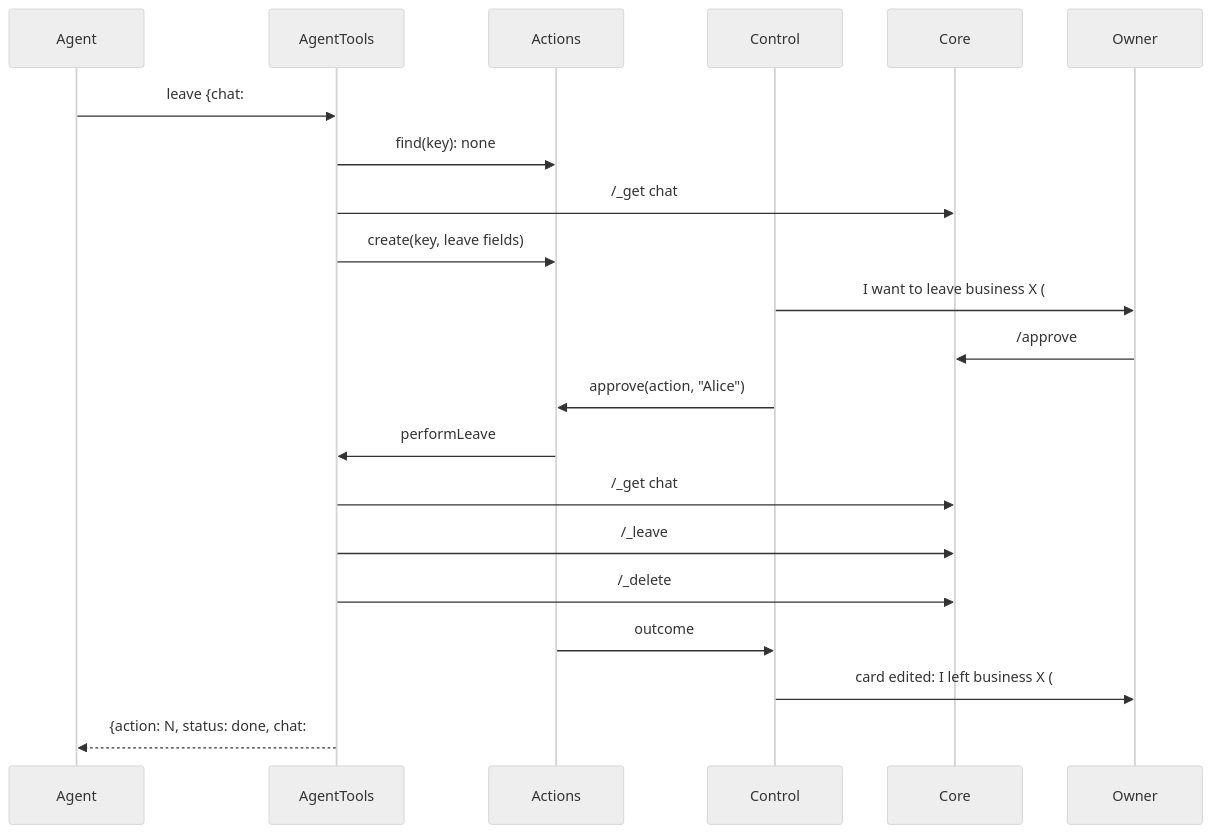
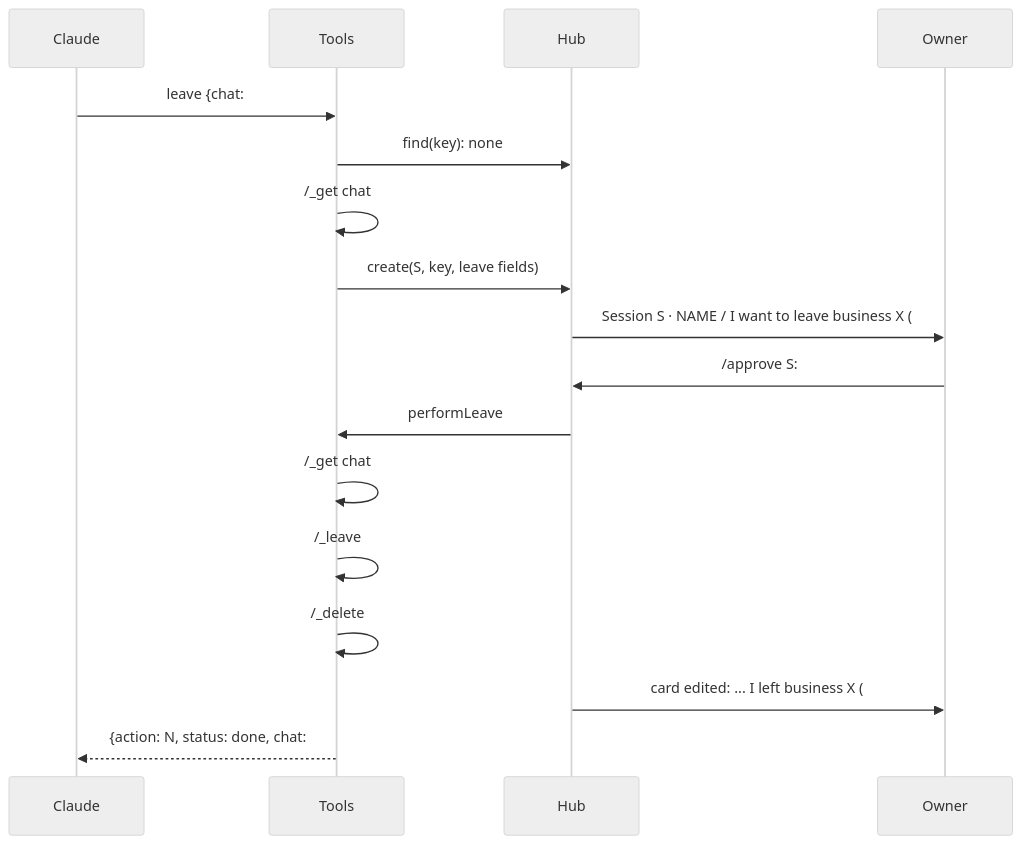
Before and after one commit to simplex-chat/simplex-chat: the seventh of 15 diagrams in packages/simplex-chat-mcp/spec/flows.md, drawn with Mermaid (neutral theme). The commit also changed other lines of this file and 7 other files, not shown here.

````diff
--- a/packages/simplex-chat-mcp/spec/flows.md
+++ b/packages/simplex-chat-mcp/spec/flows.md
@@ -323,23 +297,19 @@
 ```mermaid
 sequenceDiagram
-  participant A as Agent
-  participant T as AgentTools
-  participant X as Actions
-  participant K as Control
-  participant C as Core
+  participant C as Claude
+  participant T as Tools
+  participant H as Hub
   participant O as Owner
-  A->>T: leave {chat: #9}
-  T->>X: find(key): none
-  T->>C: /_get chat #9 count=0
-  T->>X: create(key, leave fields)
-  K->>O: I want to leave business X (#9). /'approve #9 N' or /'reject #9 N'
-  O->>C: /approve #9 N
-  K->>X: approve(action, "Alice")
-  X->>T: performLeave
-  T->>C: /_get chat #9 count=0
-  T->>C: /_leave #9 (membership current or pending)
-  T->>C: /_delete #9 full
-  X->>K: outcome
-  K->>O: card edited: I left business X (#9). Approved by Alice.
-  T-->>A: {action: N, status: done, chat: #9}
+  C->>T: leave {chat: #9}
+  T->>H: find(key): none
+  T->>T: /_get chat #9 count=0
+  T->>H: create(S, key, leave fields)
+  H->>O: Session S · NAME / I want to leave business X (#9). / approve S:#9 N or reject S:#9 N
+  O->>H: /approve S:#9 N
+  H->>T: performLeave
+  T->>T: /_get chat #9 count=0
+  T->>T: /_leave #9 (membership current or pending)
+  T->>T: /_delete #9 full
+  H->>O: card edited: ... I left business X (#9). Approved by Alice.
+  T-->>C: {action: N, status: done, chat: #9}
 ```
````
